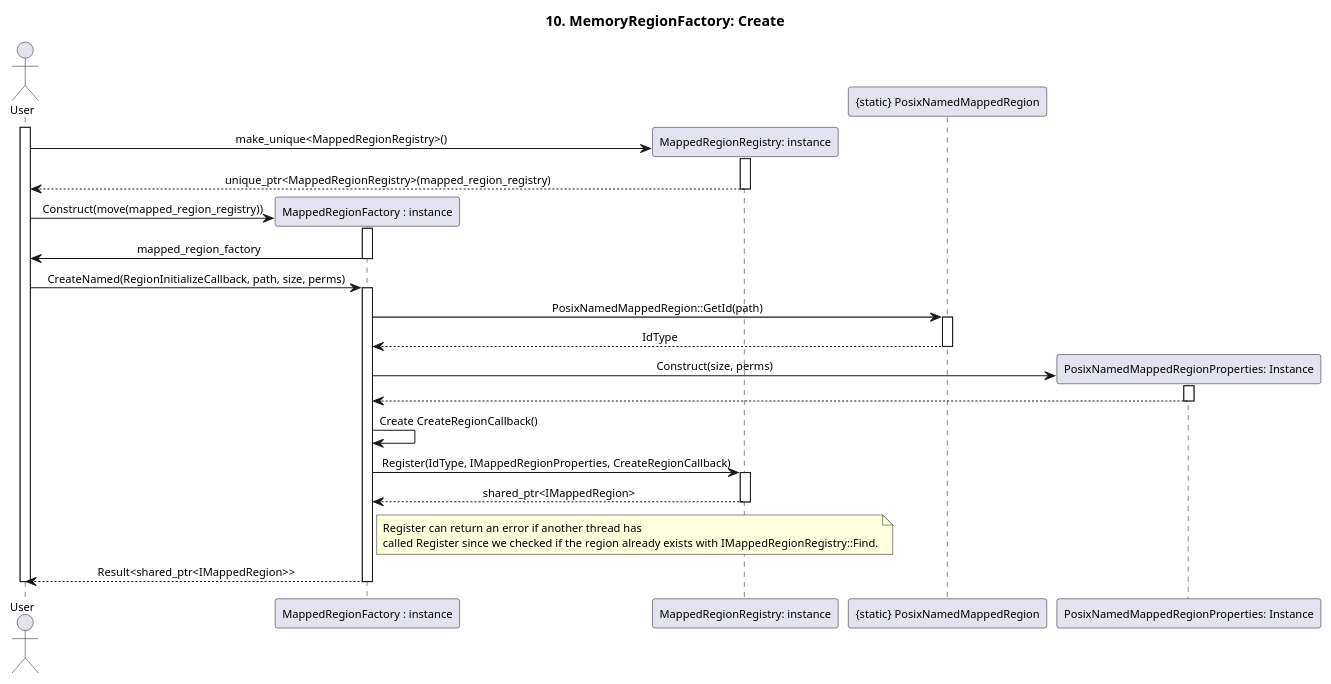
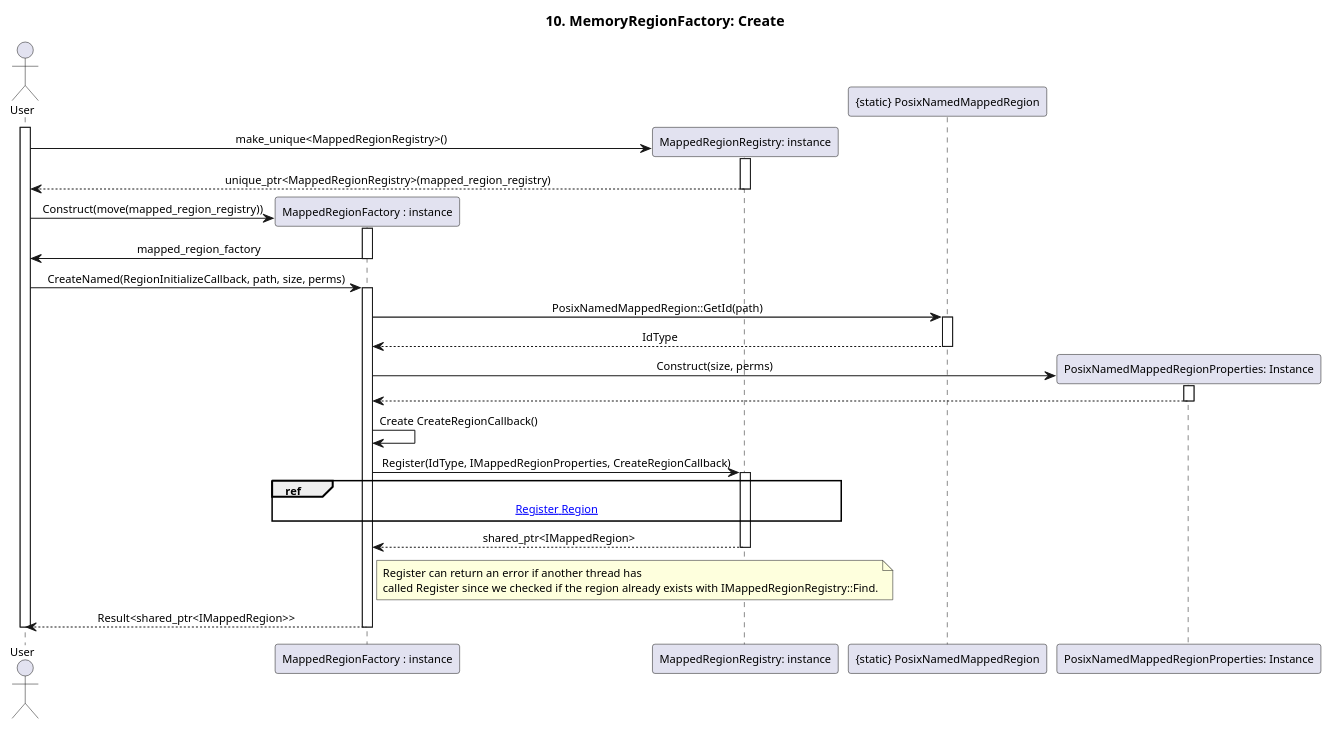
One commit to eclipse-score/communication changed the diagram in score/memory/shared/design/redesign_proposal/assets/seq_10_mapped_region_factory_create.puml. Above: the diagram before and after it, drawn with PlantUML. The commit also changed 5 other files, not shown here.

Commit message:
Introduced PosixNamedMappedRegion creation sequence and added refs to it.

```diff
--- a/score/memory/shared/design/redesign_proposal/assets/seq_10_mapped_region_factory_create.puml
+++ b/score/memory/shared/design/redesign_proposal/assets/seq_10_mapped_region_factory_create.puml
@@ -1,74 +1,77 @@
 @startuml seq_10_mapped_region_factory_create
 title 10. MemoryRegionFactory: Create
 skinparam defaultFontSize 11
 skinparam sequenceMessageAlign center
 
 actor "User" as User
 participant "MappedRegionFactory : instance" as mapped_region_factory
 participant "MappedRegionRegistry: instance" as mapped_region_registry
 ' participant "IMappedRegionRegistry" as mapped_region_registry
 participant "{static} PosixNamedMappedRegion" as mapped_region
 participant "PosixNamedMappedRegionProperties: Instance" as posix_named_mapped_region_properties
 
 activate User
 
 Create mapped_region_registry
 User -> mapped_region_registry : make_unique<MappedRegionRegistry>()
 activate mapped_region_registry
 
 mapped_region_registry --> User : unique_ptr<MappedRegionRegistry>(mapped_region_registry)
 deactivate mapped_region_registry
 
 Create mapped_region_factory
 User -> mapped_region_factory : Construct(move(mapped_region_registry))
 activate mapped_region_factory
 
 mapped_region_factory -> User : mapped_region_factory
 deactivate mapped_region_factory
 
 User -> mapped_region_factory : CreateNamed(RegionInitializeCallback, path, size, perms)
 activate mapped_region_factory
 
 ' mapped_region_factory -> mapped_region : make_shared<IMappedRegion>(file_descriptor, size, perms)
 ' activate mapped_region
 
 ' mapped_region --> mapped_region_factory : shared_ptr<IMappedRegion>
 ' deactivate mapped_region
 
 mapped_region_factory -> mapped_region : PosixNamedMappedRegion::GetId(path)
 activate mapped_region
 
 mapped_region --> mapped_region_factory : IdType
 deactivate mapped_region
 
 Create posix_named_mapped_region_properties
 mapped_region_factory -> posix_named_mapped_region_properties : Construct(size, perms)
 activate posix_named_mapped_region_properties
 
 posix_named_mapped_region_properties --> mapped_region_factory
 deactivate posix_named_mapped_region_properties
 
 mapped_region_factory -> mapped_region_factory : Create CreateRegionCallback()
 
 mapped_region_factory -> mapped_region_registry : Register(IdType, IMappedRegionProperties, CreateRegionCallback) 
 activate mapped_region_registry
 
+ref over mapped_region_factory, mapped_region_registry
+    [[./seq_13_regular_mapped_region_registry_register.puml Register Region]]
+end ref
     mapped_region_registry --> mapped_region_factory : shared_ptr<IMappedRegion>
     deactivate mapped_region_registry
 
 
 
     note right of mapped_region_factory
     Register can return an error if another thread has 
     called Register since we checked if the region already exists with IMappedRegionRegistry::Find.
     end note
 
     mapped_region_factory --> User : Result<shared_ptr<IMappedRegion>>
 ' else IMappedRegion found
 '     mapped_region_factory --> User : Error<shared_ptr<IMappedRegion>>
 ' end
     
 deactivate mapped_region_factory
 deactivate User
 
 @enduml
```
